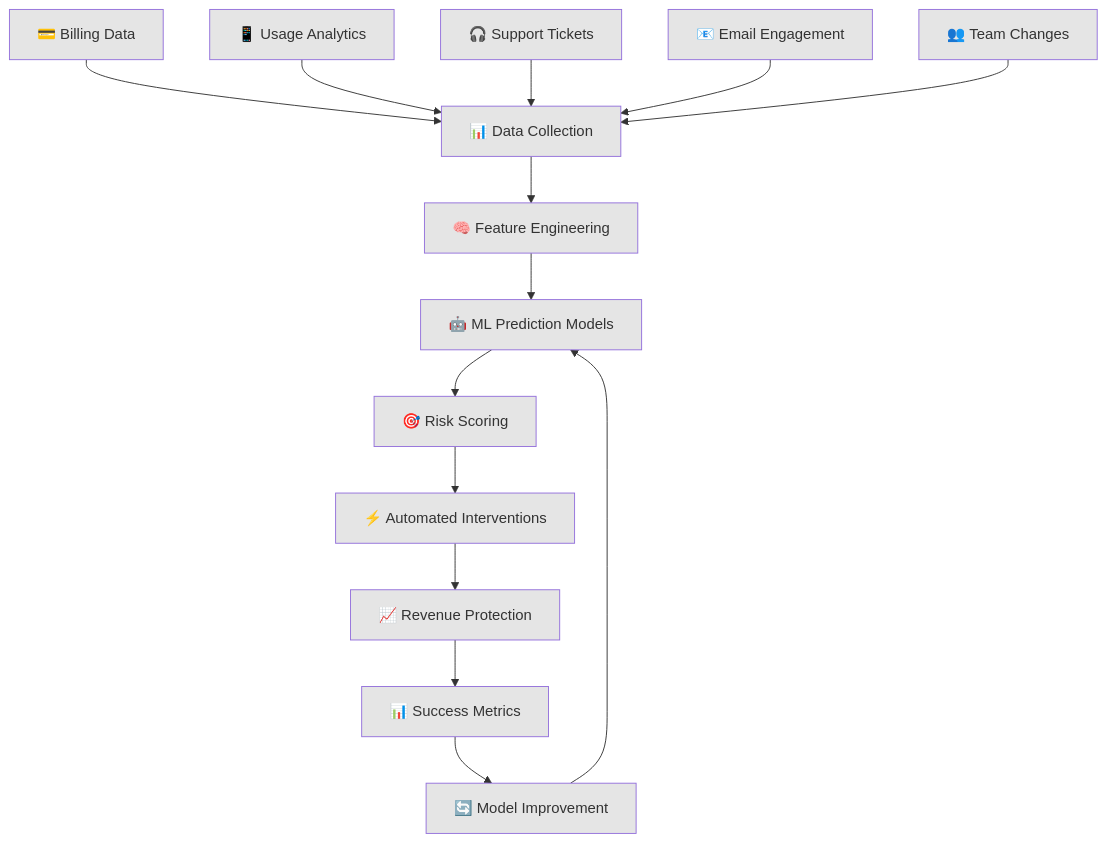
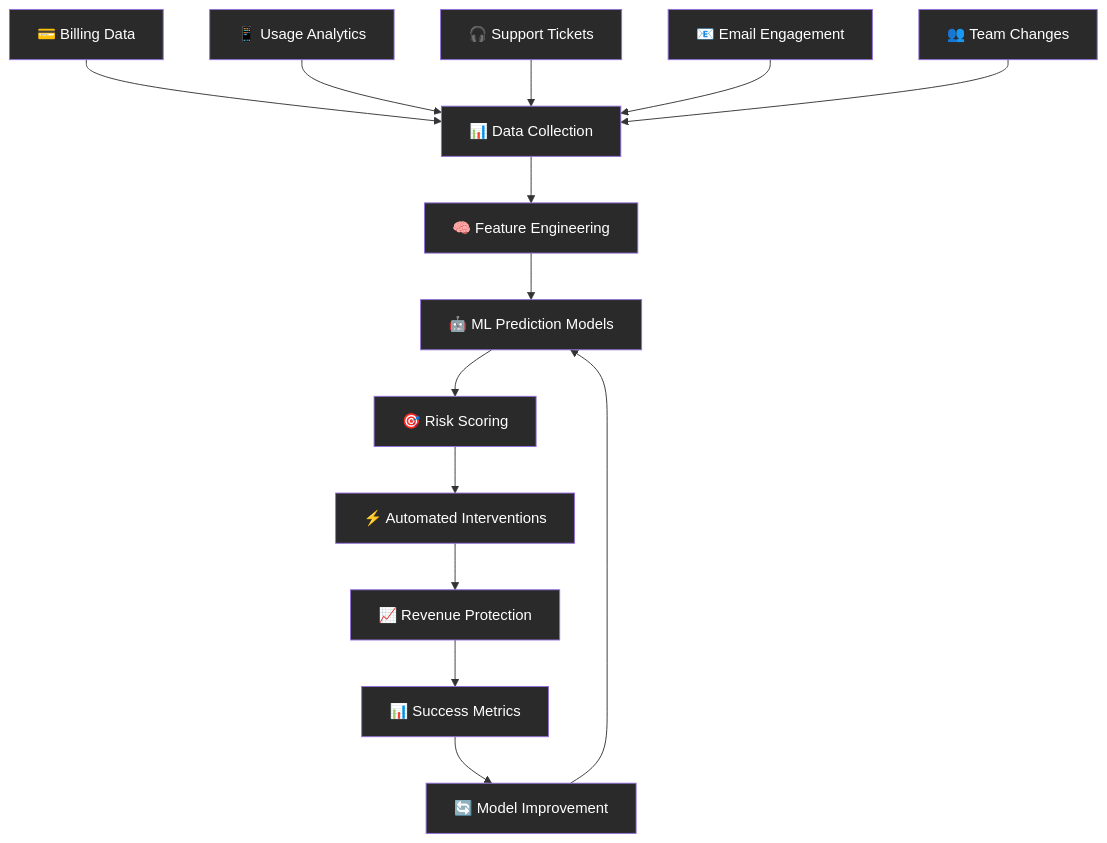
The first of 2 diagrams in README.md (fedorkriuk/the-hook-lab), drawn with Mermaid before and after one commit.

````diff
--- a/README.md
+++ b/README.md
@@ -27,32 +27,32 @@
 ```mermaid
 graph TD
     A[📊 Data Collection] --> B[🧠 Feature Engineering]
     B --> C[🤖 ML Prediction Models]
     C --> D[🎯 Risk Scoring]
     D --> E[⚡ Automated Interventions]
     
     A1[💳 Billing Data] --> A
     A2[📱 Usage Analytics] --> A
     A3[🎧 Support Tickets] --> A
     A4[📧 Email Engagement] --> A
     A5[👥 Team Changes] --> A
     
     E --> F[📈 Revenue Protection]
     F --> G[📊 Success Metrics]
     G --> H[🔄 Model Improvement]
     H --> C
     
-    style A fill:#e5e5e5
-    style B fill:#e5e5e5
-    style C fill:#e5e5e5
-    style D fill:#e5e5e5
-    style E fill:#e5e5e5
-    style F fill:#e5e5e5
-    style G fill:#e5e5e5
-    style H fill:#e5e5e5
-    style A1 fill:#e5e5e5
-    style A2 fill:#e5e5e5
-    style A3 fill:#e5e5e5
-    style A4 fill:#e5e5e5
-    style A5 fill:#e5e5e5
+    style A fill:#2a2a2a,color:#ffffff
+    style B fill:#2a2a2a,color:#ffffff
+    style C fill:#2a2a2a,color:#ffffff
+    style D fill:#2a2a2a,color:#ffffff
+    style E fill:#2a2a2a,color:#ffffff
+    style F fill:#2a2a2a,color:#ffffff
+    style G fill:#2a2a2a,color:#ffffff
+    style H fill:#2a2a2a,color:#ffffff
+    style A1 fill:#2a2a2a,color:#ffffff
+    style A2 fill:#2a2a2a,color:#ffffff
+    style A3 fill:#2a2a2a,color:#ffffff
+    style A4 fill:#2a2a2a,color:#ffffff
+    style A5 fill:#2a2a2a,color:#ffffff
 ```
````
